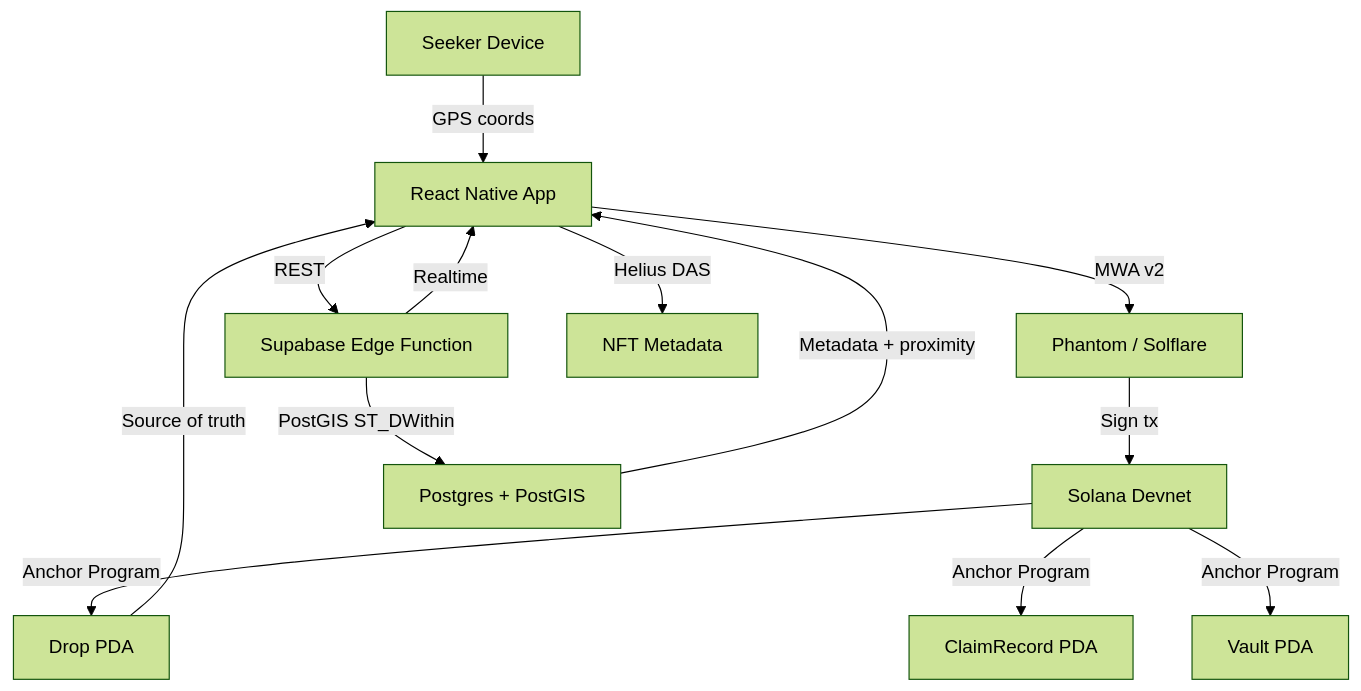
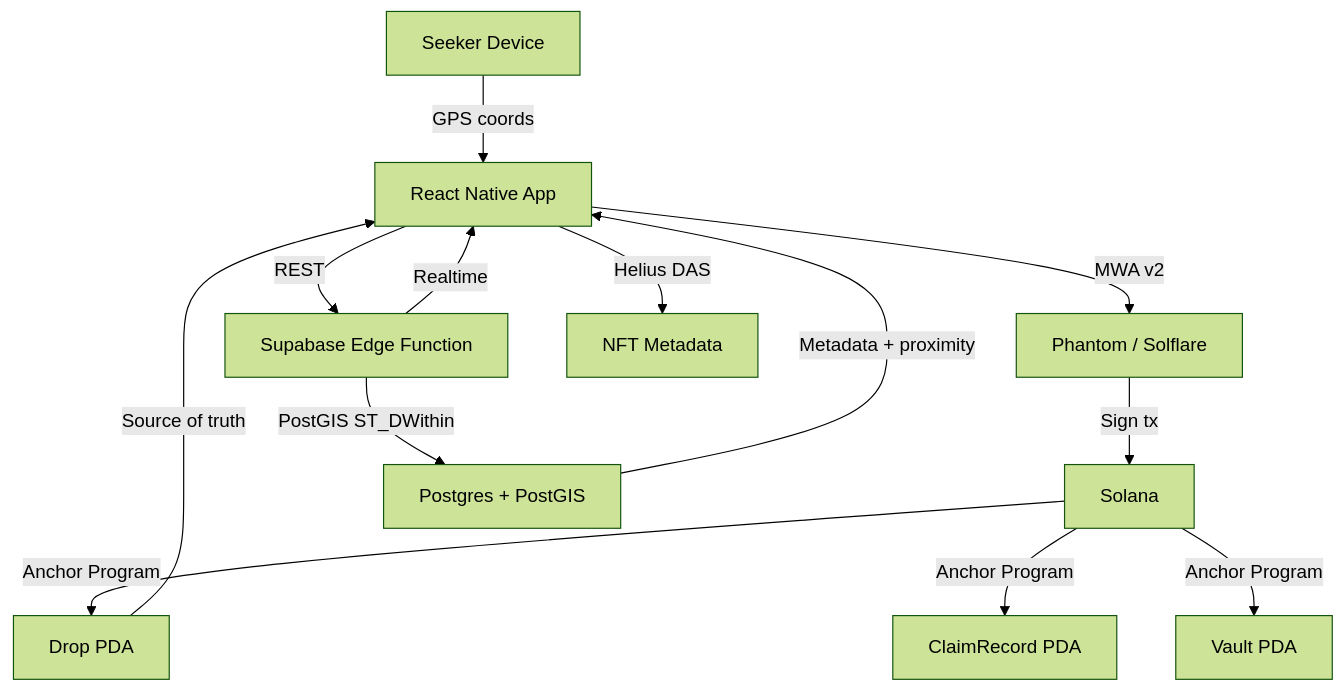
Before and after one commit to LootDropX/Solana-Mobile: the diagram in README.md, drawn with Mermaid (forest theme). The commit also changed other lines of this file and 2 other files, not shown here.

````diff
--- a/README.md
+++ b/README.md
@@ -83,15 +82,15 @@
 ```mermaid
 graph TD
     A[Seeker Device] -->|GPS coords| B[React Native App]
     B -->|MWA v2| C[Phantom / Solflare]
-    C -->|Sign tx| D[Solana Devnet]
+    C -->|Sign tx| D[Solana ]
     D -->|Anchor Program| E[Drop PDA]
     D -->|Anchor Program| F[ClaimRecord PDA]
     D -->|Anchor Program| G[Vault PDA]
     B -->|REST| H[Supabase Edge Function]
     H -->|PostGIS ST_DWithin| I[Postgres + PostGIS]
     H -->|Realtime| B
     E -->|Source of truth| B
     I -->|Metadata + proximity| B
     B -->|Helius DAS| J[NFT Metadata]
 ```
````
